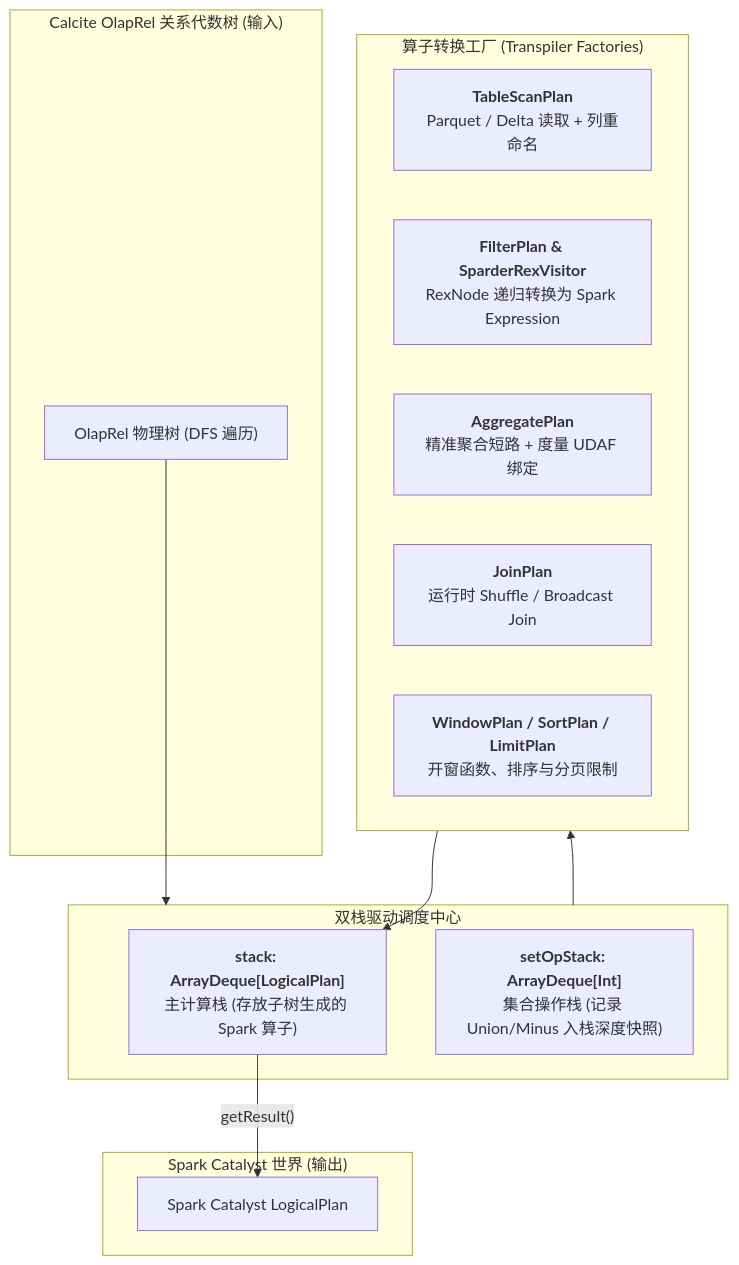
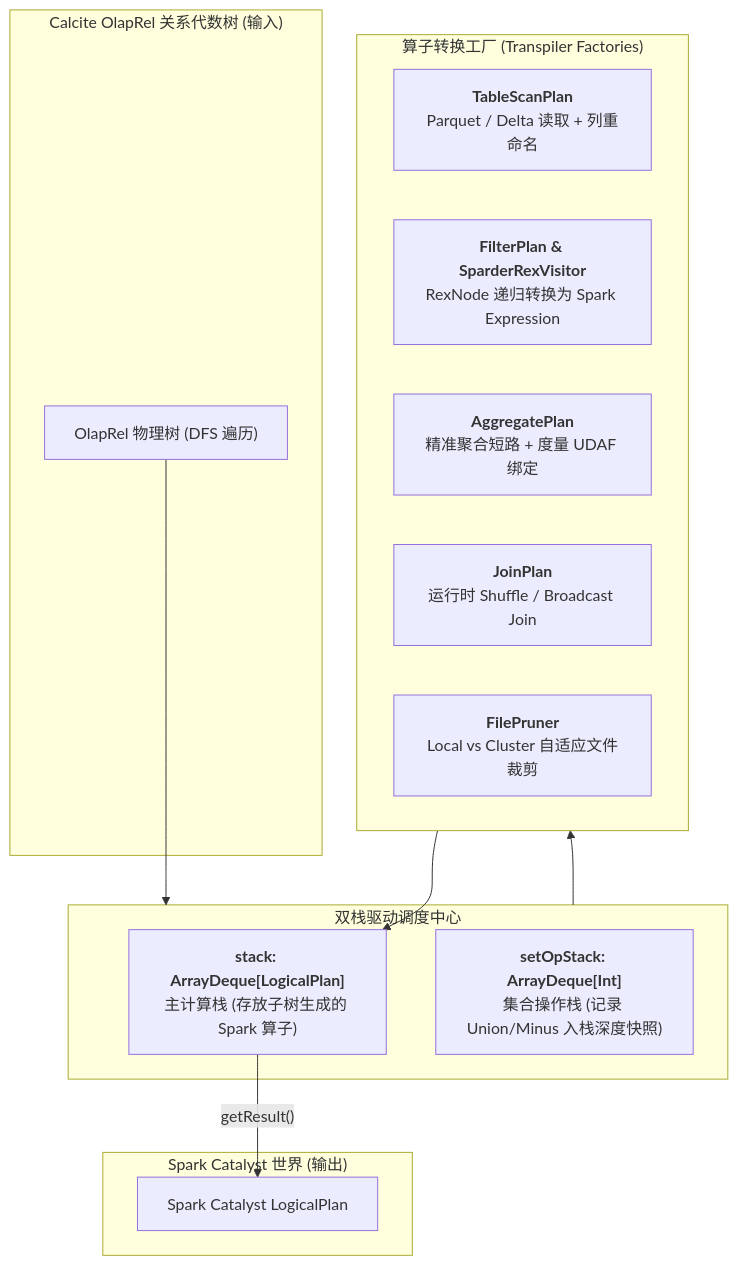
The first of 3 diagrams in posts/2026-08-18-kylin-query-engine-04-calcite-to-spark-planer.md (Mrhs121/mrhs121.github.io), drawn with Mermaid before and after one commit. The commit also changed other lines of this file and 6 other files, not shown here.

````diff
--- a/posts/2026-08-18-kylin-query-engine-04-calcite-to-spark-planer.md
+++ b/posts/2026-08-18-kylin-query-engine-04-calcite-to-spark-planer.md
@@ -27,28 +29,28 @@
 ```mermaid
 flowchart TD
     subgraph CalciteWorld ["Calcite OlapRel 关系代数树 (输入)"]
         Tree["OlapRel 物理树 (DFS 遍历)"]
     end
 
     subgraph DualStack ["双栈驱动调度中心"]
         MainStack["<b>stack: ArrayDeque[LogicalPlan]</b><br/>主计算栈 (存放子树生成的 Spark 算子)"]
         SetStack["<b>setOpStack: ArrayDeque[Int]</b><br/>集合操作栈 (记录 Union/Minus 入栈深度快照)"]
     end
 
     subgraph Translators ["算子转换工厂 (Transpiler Factories)"]
         F1["<b>TableScanPlan</b><br/>Parquet / Delta 读取 + 列重命名"]
         F2["<b>FilterPlan & SparderRexVisitor</b><br/>RexNode 递归转换为 Spark Expression"]
         F3["<b>AggregatePlan</b><br/>精准聚合短路 + 度量 UDAF 绑定"]
         F4["<b>JoinPlan</b><br/>运行时 Shuffle / Broadcast Join"]
-        F5["<b>WindowPlan / SortPlan / LimitPlan</b><br/>开窗函数、排序与分页限制"]
+        F5["<b>FilePruner</b><br/>Local vs Cluster 自适应文件裁剪"]
     end
 
     subgraph SparkWorld ["Spark Catalyst 世界 (输出)"]
         RootLP["Spark Catalyst LogicalPlan"]
     end
 
     Tree --> DualStack
     DualStack --> Translators
     Translators --> MainStack
     MainStack -->|"getResult()"| RootLP
 ```
````
